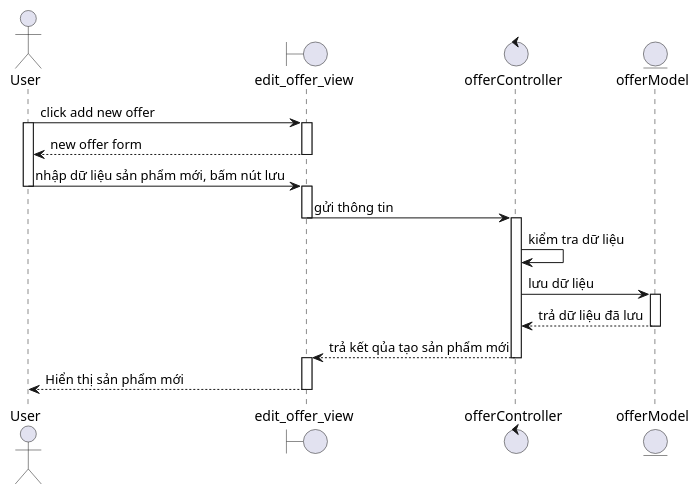
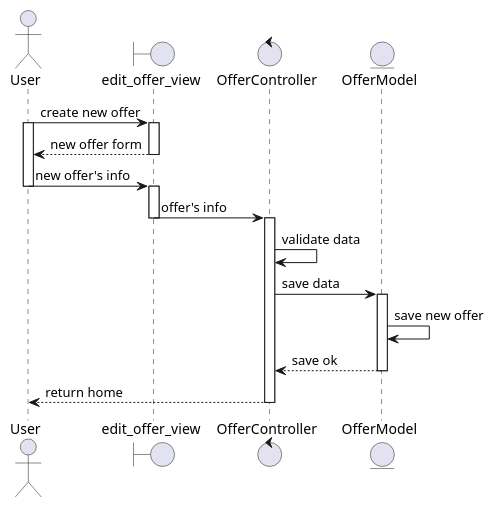
Before and after one commit to tuanlvse294/CHome: the diagram in documentss/offers/add_new_offer.puml, drawn with PlantUML. The commit also changed 43 other files, not shown here.

```diff
--- a/documentss/offers/add_new_offer.puml
+++ b/documentss/offers/add_new_offer.puml
@@ -1,29 +1,27 @@
 @startuml
 actor User
 boundary edit_offer_view
-control offerController
-entity offerModel
+control OfferController
+entity OfferModel
 
-User -> edit_offer_view : click add new offer
+User -> edit_offer_view : create new offer
 activate User
 activate edit_offer_view
 edit_offer_view --> User : new offer form
 deactivate edit_offer_view
-User -> edit_offer_view : nhập dữ liệu sản phẩm mới, bấm nút lưu
+User -> edit_offer_view : new offer's info
 deactivate User
 activate edit_offer_view
-edit_offer_view -> offerController: gửi thông tin 
+edit_offer_view -> OfferController: offer's info
 deactivate edit_offer_view
-activate offerController
-offerController -> offerController : kiểm tra dữ liệu
-offerController -> offerModel : lưu dữ liệu
-activate offerModel
-offerModel --> offerController : trả dữ liệu đã lưu
-deactivate offerModel
-offerController --> edit_offer_view: trả kết qủa tạo sản phẩm mới
-deactivate offerController
-activate edit_offer_view
-edit_offer_view --> User: Hiển thị sản phẩm mới
-deactivate edit_offer_view
+activate OfferController
+OfferController -> OfferController : validate data
+OfferController -> OfferModel : save data
+activate OfferModel
+OfferModel -> OfferModel: save new offer
+OfferModel --> OfferController : save ok
+deactivate OfferModel
+OfferController --> User: return home
+deactivate OfferController
 
 @enduml
```
